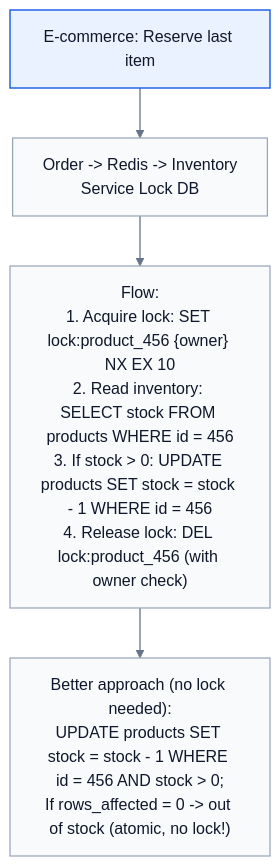
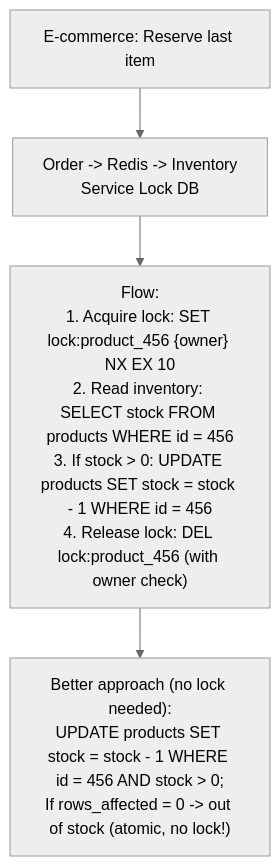
The first of 2 diagrams in 01-fundamentals/25-distributed-locks.md (shivaram0583/system-design), drawn with Mermaid (neutral theme) before and after one commit. The commit also changed other lines of this file and 64 other files, not shown here.

````diff
--- a/01-fundamentals/25-distributed-locks.md
+++ b/01-fundamentals/25-distributed-locks.md
@@ -206,17 +206,10 @@
 ```mermaid
 flowchart TB
-    classDef primary fill:#eaf2ff,stroke:#2563eb,stroke-width:1.5px,color:#0f172a;
-    classDef secondary fill:#f8fafc,stroke:#94a3b8,stroke-width:1.2px,color:#0f172a;
-    linkStyle default stroke:#64748b,stroke-width:1.3px;
     N0["E-commerce: Reserve last item"]
-    class N0 primary
     N1["Order -&gt; Redis -&gt; Inventory<br/>Service Lock DB"]
-    class N1 secondary
     N2["Flow:<br/>1. Acquire lock: SET lock:product_456 {owner} NX EX 10<br/>2. Read inventory: SELECT stock FROM products WHERE id = 456<br/>3. If stock &gt; 0: UPDATE products SET stock = stock - 1 WHERE id = 456<br/>4. Release lock: DEL lock:product_456 (with owner check)"]
-    class N2 secondary
     N3["Better approach (no lock needed):<br/>UPDATE products SET stock = stock - 1 WHERE id = 456 AND stock &gt; 0;<br/>If rows_affected = 0 -&gt; out of stock (atomic, no lock!)"]
-    class N3 secondary
     N0 --> N1
     N1 --> N2
     N2 --> N3
 ```
````
